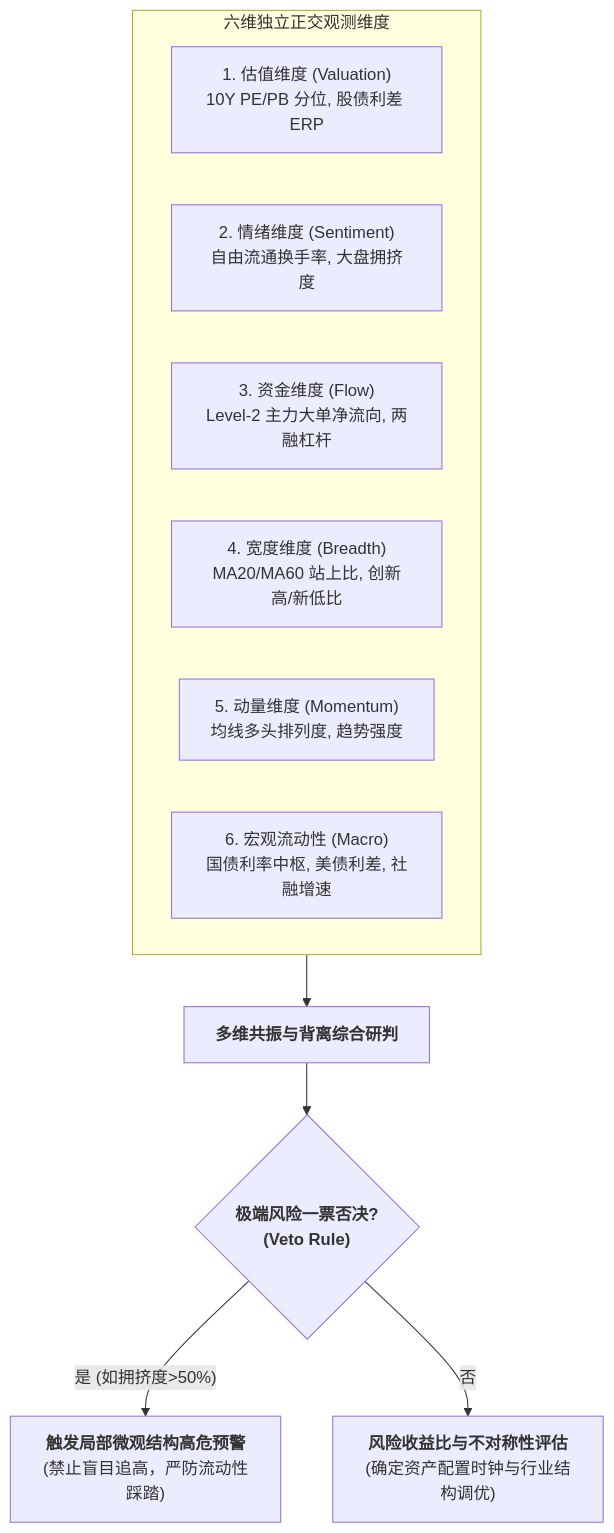
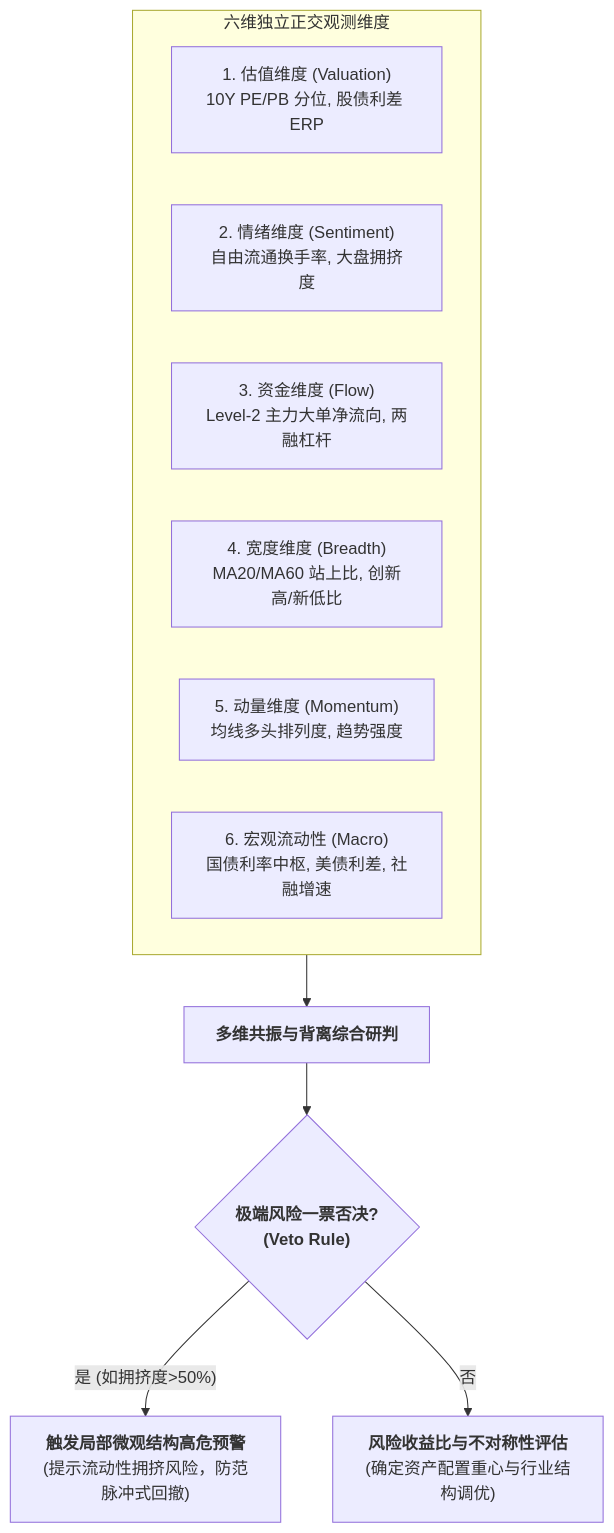
Before and after one commit to aidenreed937/stock: the second of 2 diagrams in .agents/skills/quant-metric-standards/references/05_multi_dimensional_analysis_framework.md, drawn with Mermaid. The commit also changed other lines of this file and 2 other files, not shown here.

````diff
--- a/.agents/skills/quant-metric-standards/references/05_multi_dimensional_analysis_framework.md
+++ b/.agents/skills/quant-metric-standards/references/05_multi_dimensional_analysis_framework.md
@@ -30,15 +30,15 @@
 ```mermaid
 flowchart TD
     subgraph SixDim["六维独立正交观测维度"]
         V["1. 估值维度 (Valuation)<br>10Y PE/PB 分位, 股债利差 ERP"]
         S["2. 情绪维度 (Sentiment)<br>自由流通换手率, 大盘拥挤度"]
         F["3. 资金维度 (Flow)<br>Level-2 主力大单净流向, 两融杠杆"]
         B["4. 宽度维度 (Breadth)<br>MA20/MA60 站上比, 创新高/新低比"]
         T["5. 动量维度 (Momentum)<br>均线多头排列度, 趋势强度"]
         M["6. 宏观流动性 (Macro)<br>国债利率中枢, 美债利差, 社融增速"]
     end
     SixDim --> Analysis["<b>多维共振与背离综合研判</b>"]
     Analysis --> Veto{"<b>极端风险一票否决?<br>(Veto Rule)</b>"}
-    Veto -- "是 (如拥挤度>50%)" --> HardRisk["<b>触发局部微观结构高危预警</b><br>(禁止盲目追高，严防流动性踩踏)"]
-    Veto -- "否" --> NormalAssess["<b>风险收益比与不对称性评估</b><br>(确定资产配置时钟与行业结构调优)"]
+    Veto -- "是 (如拥挤度>50%)" --> HardRisk["<b>触发局部微观结构高危预警</b><br>(提示流动性拥挤风险，防范脉冲式回撤)"]
+    Veto -- "否" --> NormalAssess["<b>风险收益比与不对称性评估</b><br>(确定资产配置重心与行业结构调优)"]
 ```
````
